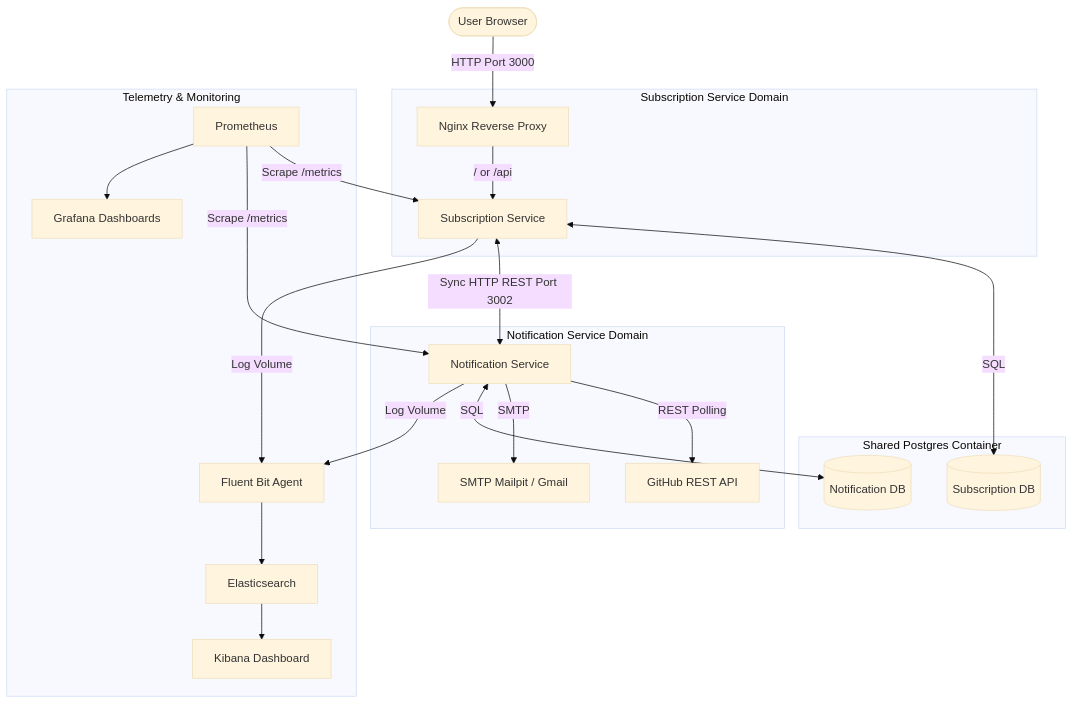
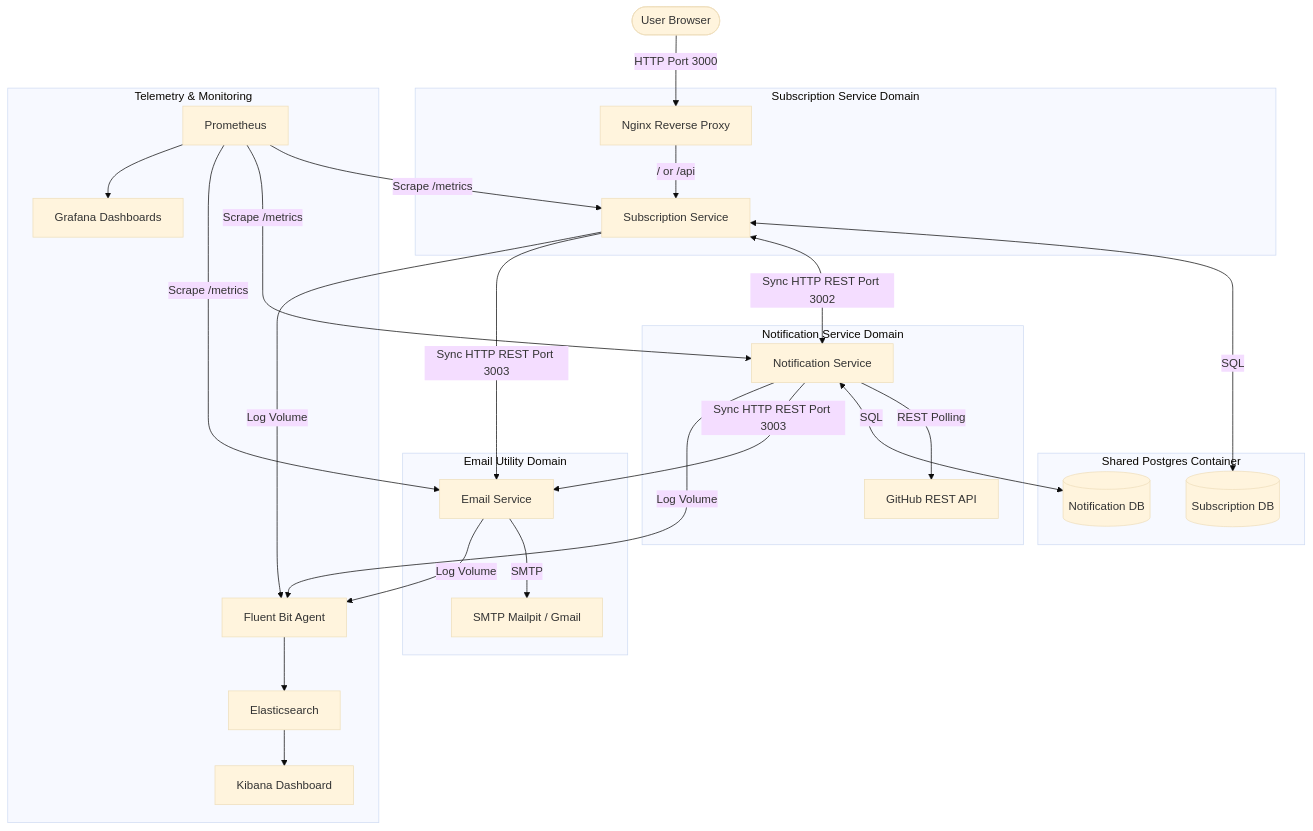
Before and after one commit to NosarevAndrey-p/github-release-notification-api: the diagram in docs/v2.0/sdd.md, drawn with Mermaid (base theme). The commit also changed other lines of this file and 1 other file, not shown here.

Commit message:
docs: update system design document and README to reflect email-service split and base url setup

````diff
--- a/docs/v2.0/sdd.md
+++ b/docs/v2.0/sdd.md
@@ -17,35 +18,43 @@
 ```mermaid
 graph TD
     User([User Browser]) -->|HTTP Port 3000| Nginx[Nginx Reverse Proxy]
     
     subgraph "Subscription Service Domain"
         Nginx -->|/ or /api| SubService[Subscription Service]
     end
 
     subgraph "Notification Service Domain"
         NotifService[Notification Service]
         NotifService -->|REST Polling| GithubAPI[GitHub REST API]
-        NotifService -->|SMTP| Mailpit[SMTP Mailpit / Gmail]
+    end
+
+    subgraph "Email Utility Domain"
+        EmailService[Email Service]
+        EmailService -->|SMTP| Mailpit[SMTP Mailpit / Gmail]
     end
 
     subgraph "Shared Postgres Container"
         SubDB[(Subscription DB)]
         NotifDB[(Notification DB)]
     end
 
     SubService <-->|SQL| SubDB
     NotifService <-->|SQL| NotifDB
     
     %% Inter-service HTTP
     SubService <-->|Sync HTTP REST Port 3002| NotifService
+    SubService -->|Sync HTTP REST Port 3003| EmailService
+    NotifService -->|Sync HTTP REST Port 3003| EmailService
 
     subgraph "Telemetry & Monitoring"
         Prometheus[Prometheus] -->|Scrape /metrics| SubService
         Prometheus -->|Scrape /metrics| NotifService
+        Prometheus -->|Scrape /metrics| EmailService
         Prometheus --> Grafana[Grafana Dashboards]
         
         SubService -->|Log Volume| FluentBit[Fluent Bit Agent]
         NotifService -->|Log Volume| FluentBit
+        EmailService -->|Log Volume| FluentBit
         FluentBit --> Elasticsearch[Elasticsearch] --> Kibana[Kibana Dashboard]
     end
 ```
````
